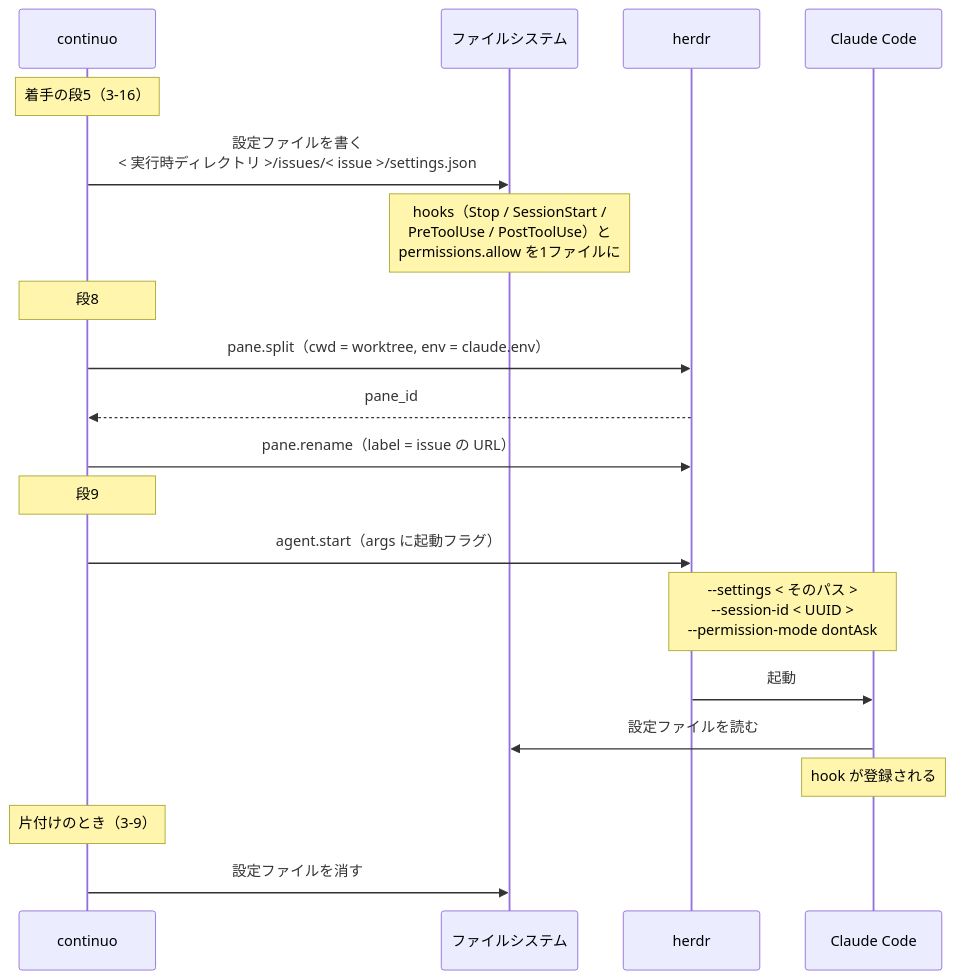
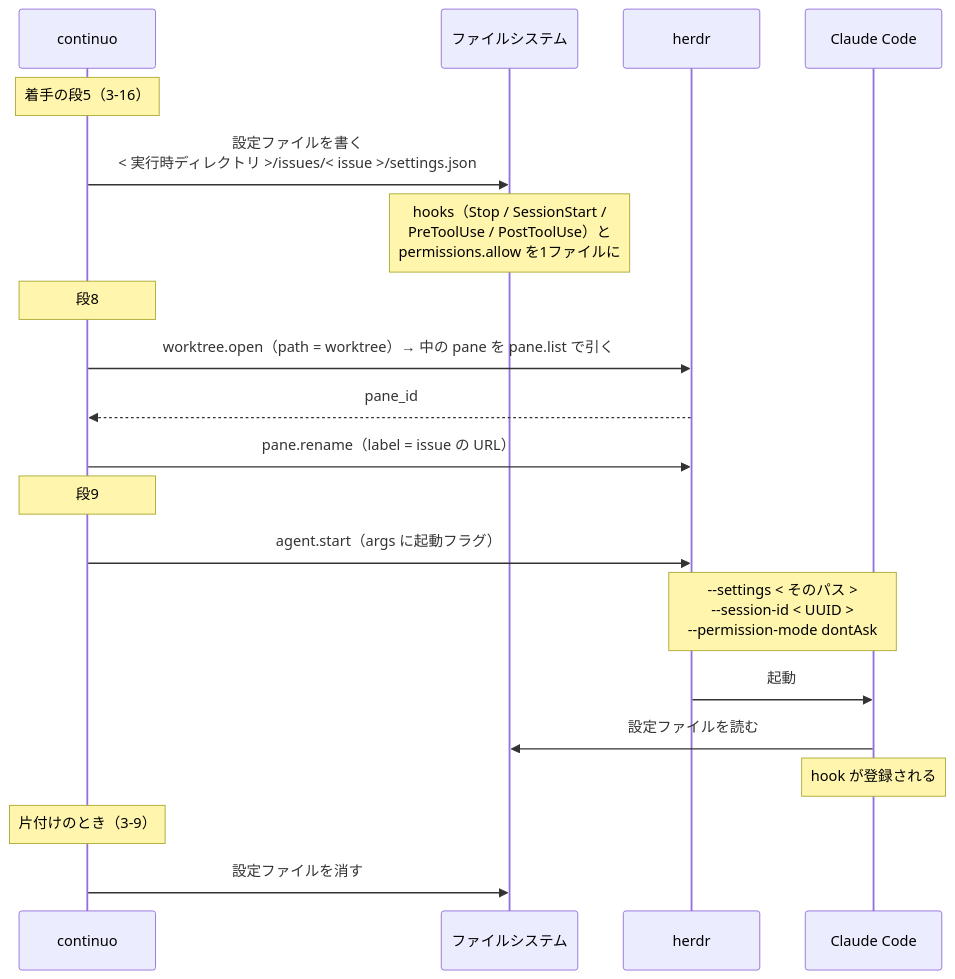
Before and after one commit to maimuzo/continuo: the fourth of 6 diagrams in docs/plans/continuo_design.md, drawn with Mermaid. The commit also changed other lines of this file and 19 other files, not shown here.

````diff
--- a/docs/plans/continuo_design.md
+++ b/docs/plans/continuo_design.md
@@ -1202,26 +1458,26 @@
 ```mermaid
 sequenceDiagram
     participant ORC as continuo
     participant FS as ファイルシステム
     participant HERDR as herdr
     participant CC as Claude Code
 
     Note over ORC: 着手の段5（3-16）
     ORC->>FS: 設定ファイルを書く<br/>< 実行時ディレクトリ >/issues/< issue >/settings.json
     Note over FS: hooks（Stop / SessionStart /<br/>PreToolUse / PostToolUse）と<br/>permissions.allow を1ファイルに
 
     Note over ORC: 段8
-    ORC->>HERDR: pane.split（cwd = worktree, env = claude.env）
+    ORC->>HERDR: worktree.open（path = worktree）→ 中の pane を pane.list で引く
     HERDR-->>ORC: pane_id
     ORC->>HERDR: pane.rename（label = issue の URL）
 
     Note over ORC: 段9
     ORC->>HERDR: agent.start（args に起動フラグ）
     Note over HERDR,CC: --settings < そのパス ><br/>--session-id < UUID ><br/>--permission-mode dontAsk
     HERDR->>CC: 起動
     CC->>FS: 設定ファイルを読む
     Note over CC: hook が登録される
 
     Note over ORC: 片付けのとき（3-9）
     ORC->>FS: 設定ファイルを消す
 ```
````
